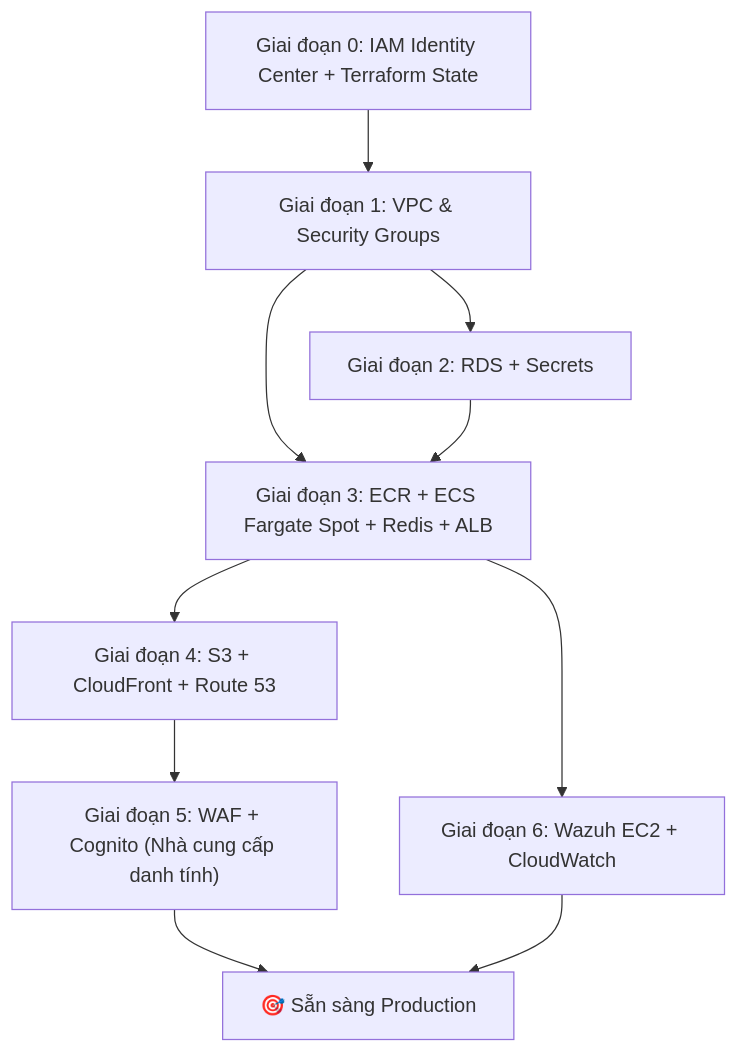
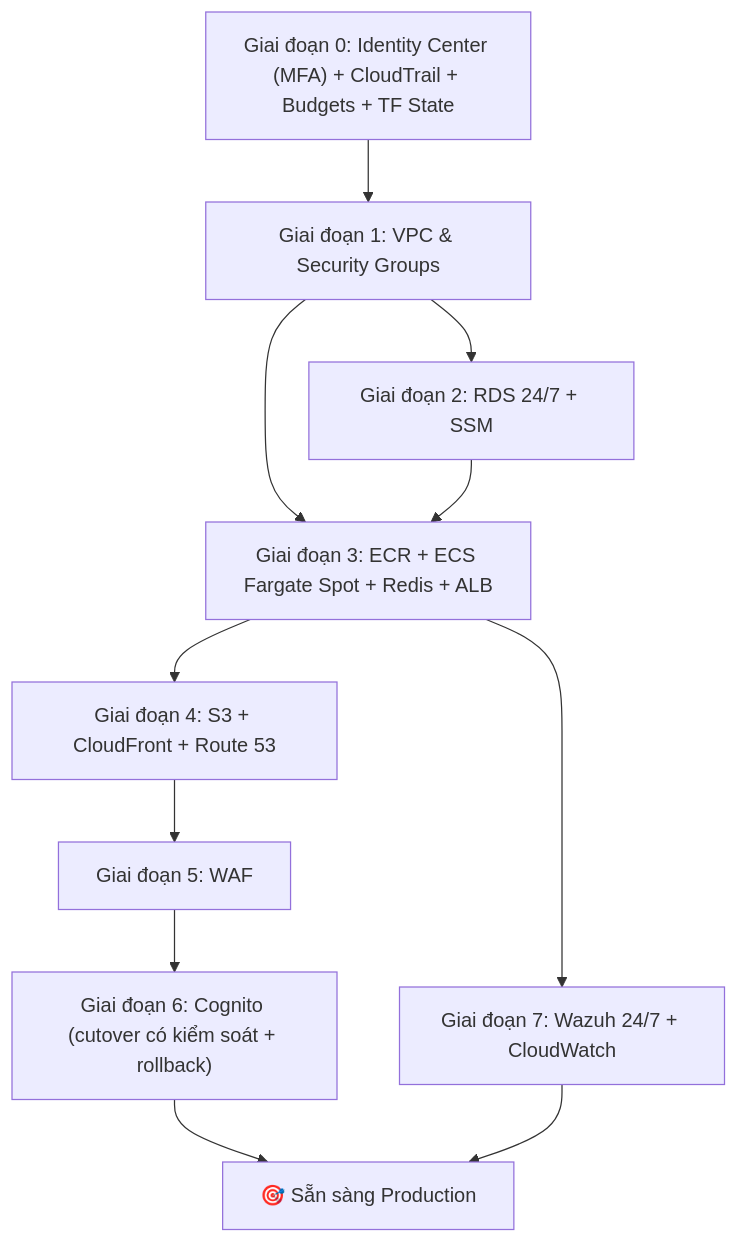
Before and after one commit to VanThinh512/SaaS-HR-Multi-tenant: the diagram in implementation_plan_vi.md, drawn with Mermaid. The commit also changed other lines of this file and 5 other files, not shown here.

Commit message:
update architect 2

````diff
--- a/implementation_plan_vi.md
+++ b/implementation_plan_vi.md
@@ -408,12 +354,13 @@
 ```mermaid
 graph TD
-    P0["Giai đoạn 0: IAM Identity Center + Terraform State"] --> P1["Giai đoạn 1: VPC & Security Groups"]
-    P1 --> P2["Giai đoạn 2: RDS + Secrets"]
+    P0["Giai đoạn 0: Identity Center (MFA) + CloudTrail + Budgets + TF State"] --> P1["Giai đoạn 1: VPC & Security Groups"]
+    P1 --> P2["Giai đoạn 2: RDS 24/7 + SSM"]
     P1 --> P3["Giai đoạn 3: ECR + ECS Fargate Spot + Redis + ALB"]
     P2 --> P3
     P3 --> P4["Giai đoạn 4: S3 + CloudFront + Route 53"]
-    P4 --> P5["Giai đoạn 5: WAF + Cognito (Nhà cung cấp danh tính)"]
-    P3 --> P6["Giai đoạn 6: Wazuh EC2 + CloudWatch"]
-    P5 --> P7["🎯 Sẵn sàng Production"]
-    P6 --> P7
+    P4 --> P5["Giai đoạn 5: WAF"]
+    P5 --> P6["Giai đoạn 6: Cognito (cutover có kiểm soát + rollback)"]
+    P3 --> P7["Giai đoạn 7: Wazuh 24/7 + CloudWatch"]
+    P6 --> P8["🎯 Sẵn sàng Production"]
+    P7 --> P8
 ```
````
